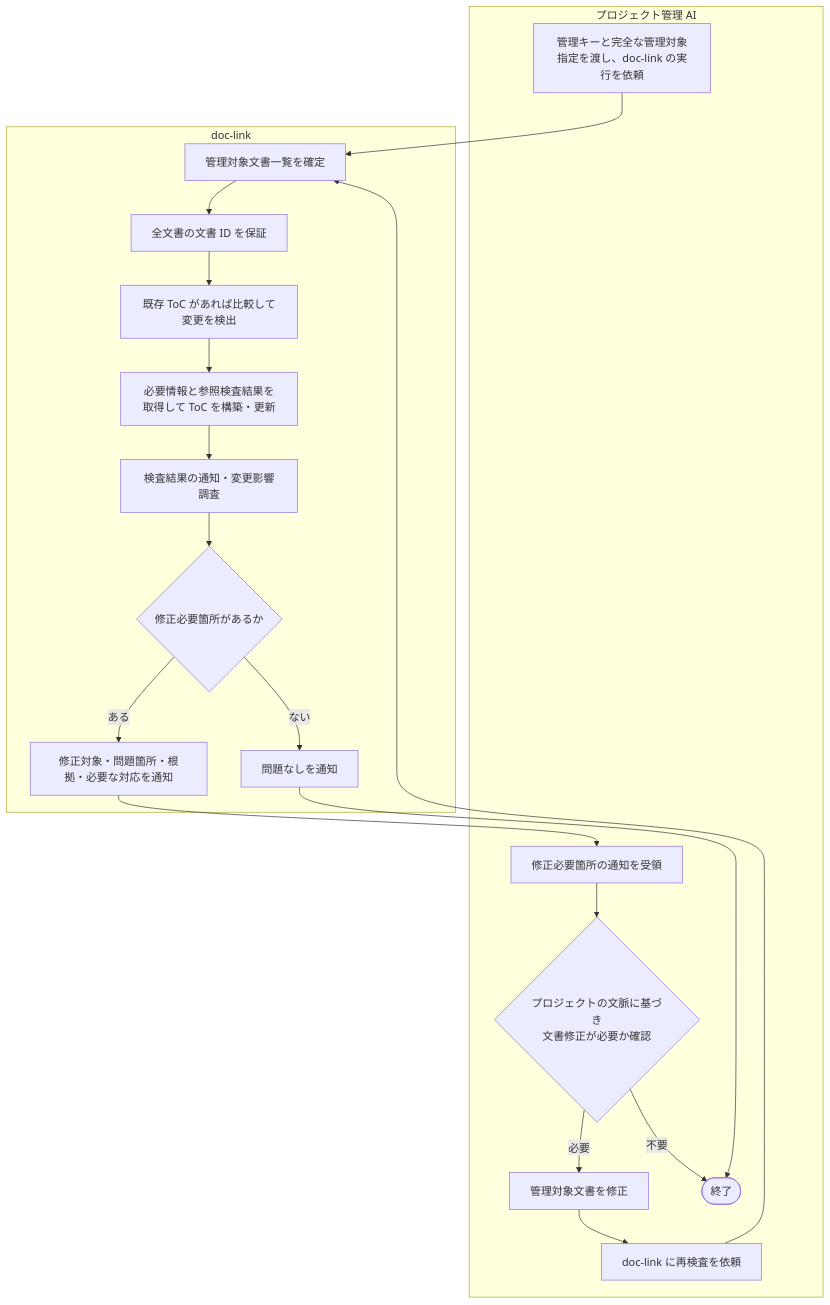
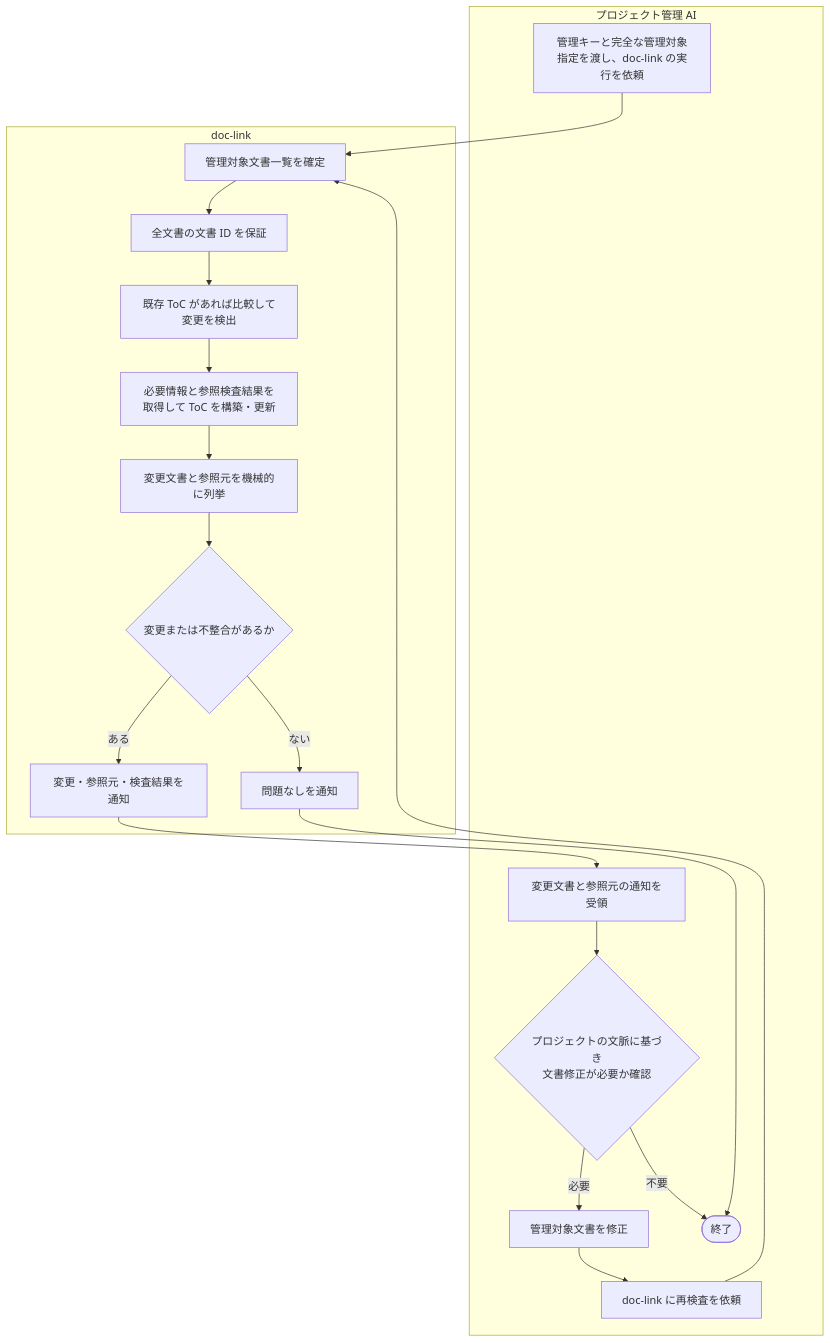
The first of 2 diagrams in doc/spec/requirement/REQ-001-overview.md (BlueEventHorizon/doc-link), drawn with Mermaid before and after one commit. The commit also changed other lines of this file and 18 other files, not shown here.

````diff
--- a/doc/spec/requirement/REQ-001-overview.md
+++ b/doc/spec/requirement/REQ-001-overview.md
@@ -60,40 +60,40 @@
 ```mermaid
 flowchart TB
     subgraph PROJECT_AI[プロジェクト管理 AI]
         PA1[管理キーと完全な管理対象指定を渡し、doc-link の実行を依頼]
-        PA2[修正必要箇所の通知を受領]
+        PA2[変更文書と参照元の通知を受領]
         PA3{プロジェクトの文脈に基づき<br>文書修正が必要か確認}
         PA4[管理対象文書を修正]
         PA5[doc-link に再検査を依頼]
         PA6([終了])
 
         PA2 --> PA3
         PA3 -- 必要 --> PA4
         PA4 --> PA5
         PA3 -- 不要 --> PA6
     end
 
     subgraph DOC_LINK[doc-link]
         DL1[管理対象文書一覧を確定]
         DL2[全文書の文書 ID を保証]
         DL3[既存 ToC があれば比較して変更を検出]
         DL4[必要情報と参照検査結果を取得して ToC を構築・更新]
-        DL5[検査結果の通知・変更影響調査]
-        DL6{修正必要箇所があるか}
-        DL7[修正対象・問題箇所・根拠・必要な対応を通知]
+        DL5[変更文書と参照元を機械的に列挙]
+        DL6{変更または不整合があるか}
+        DL7[変更・参照元・検査結果を通知]
         DL8[問題なしを通知]
 
         DL1 --> DL2
         DL2 --> DL3
         DL3 --> DL4
         DL4 --> DL5
         DL5 --> DL6
         DL6 -- ある --> DL7
         DL6 -- ない --> DL8
     end
 
     PA1 --> DL1
     DL7 --> PA2
     DL8 --> PA6
     PA5 --> DL1
 ```
````
